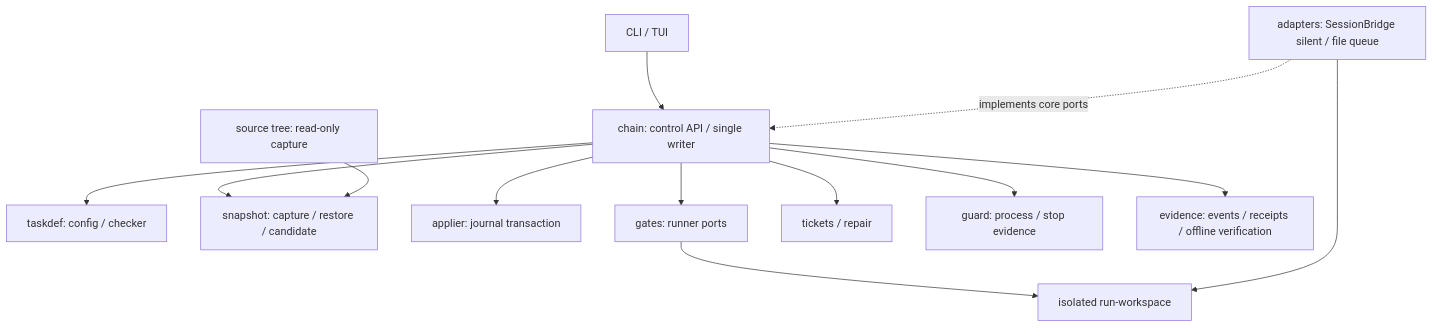
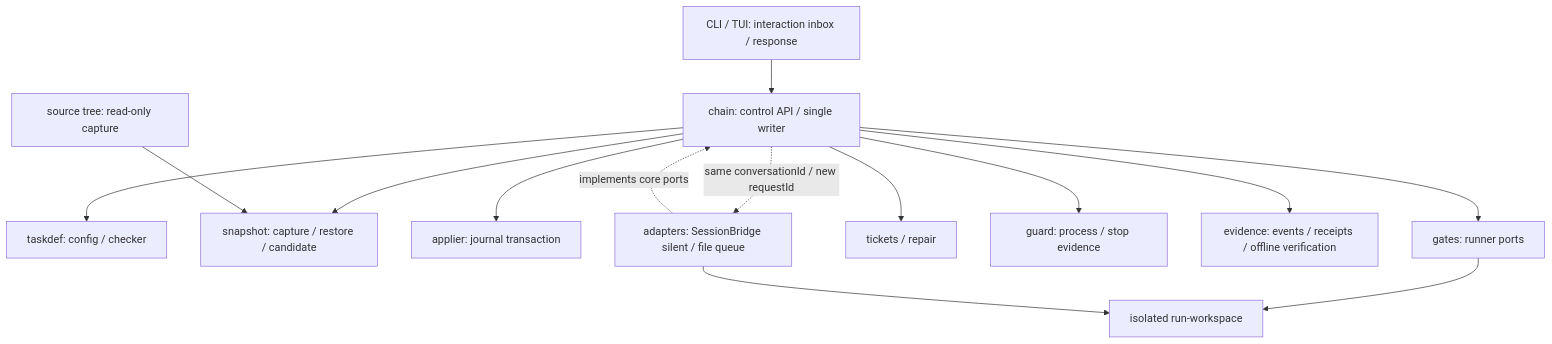
Before and after one commit to larsonzh/prfrail: the diagram in docs/ARCHITECTURE_EN.md, drawn with Mermaid. The commit also changed other lines of this file and 30 other files, not shown here.

Commit message:
docs: add ProofRail TUI operator-interaction loop, T025/AT-22/ADR-011 and nested ZIP evidence

````diff
--- a/docs/ARCHITECTURE_EN.md
+++ b/docs/ARCHITECTURE_EN.md
@@ -13,15 +13,16 @@
 ```mermaid
 flowchart TD
-  UI[CLI / TUI] --> C[chain: control API / single writer]
+  UI[CLI / TUI: interaction inbox / response] --> C[chain: control API / single writer]
   C --> D[taskdef: config / checker]
   C --> S[snapshot: capture / restore / candidate]
   C --> A[applier: journal transaction]
   C --> G[gates: runner ports]
   C --> T[tickets / repair]
   C --> W[guard: process / stop evidence]
   C --> E[evidence: events / receipts / offline verification]
   AD[adapters: SessionBridge silent / file queue] -. implements core ports .-> C
+  C -. same conversationId / new requestId .-> AD
   G --> R[isolated run-workspace]
   AD --> R
   O[source tree: read-only capture] --> S
 ```
````
